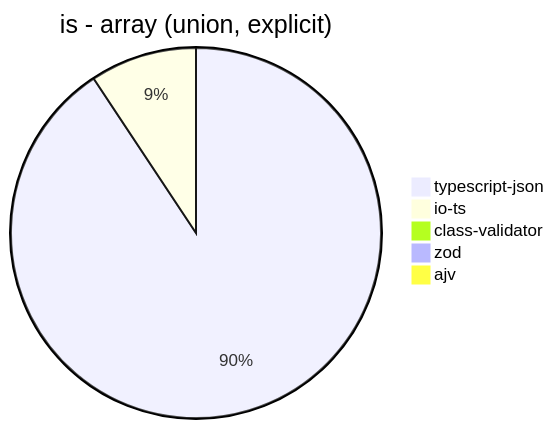
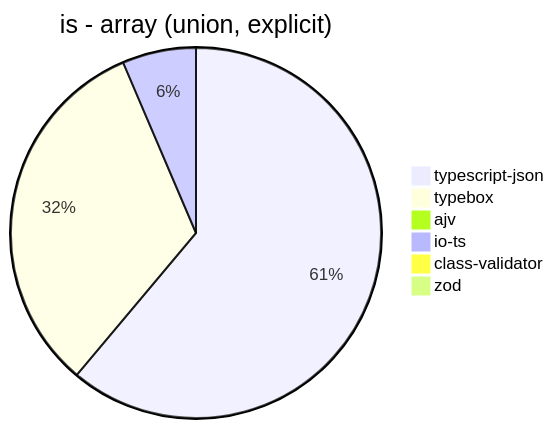
Before and after one commit to samchon/typia: the sixth of 39 diagrams in benchmark/results/11th Gen Intel(R) Core(TM) i5-1135G7 @ 2.40GHz.md, drawn with Mermaid. The commit also changed other lines of this file and 16 other files, not shown here.

````diff
--- a/benchmark/results/11th Gen Intel(R) Core(TM) i5-1135G7 @ 2.40GHz.md
+++ b/benchmark/results/11th Gen Intel(R) Core(TM) i5-1135G7 @ 2.40GHz.md
@@ -71,8 +76,9 @@
 ```mermaid
 pie title is - array (union, explicit)
-  "typescript-json": 3796.7836257309937
-  "io-ts": 389.99055712936735
-  "class-validator": 7.553426676492262
-  "zod": 2.80688622754491
+  "typescript-json": 3723.4714737037725
+  "typebox": 1976.873265494912
   "ajv": 0
+  "io-ts": 391.80962921970115
+  "class-validator": 7.663551401869159
+  "zod": 2.822732404968009
 ```
````
